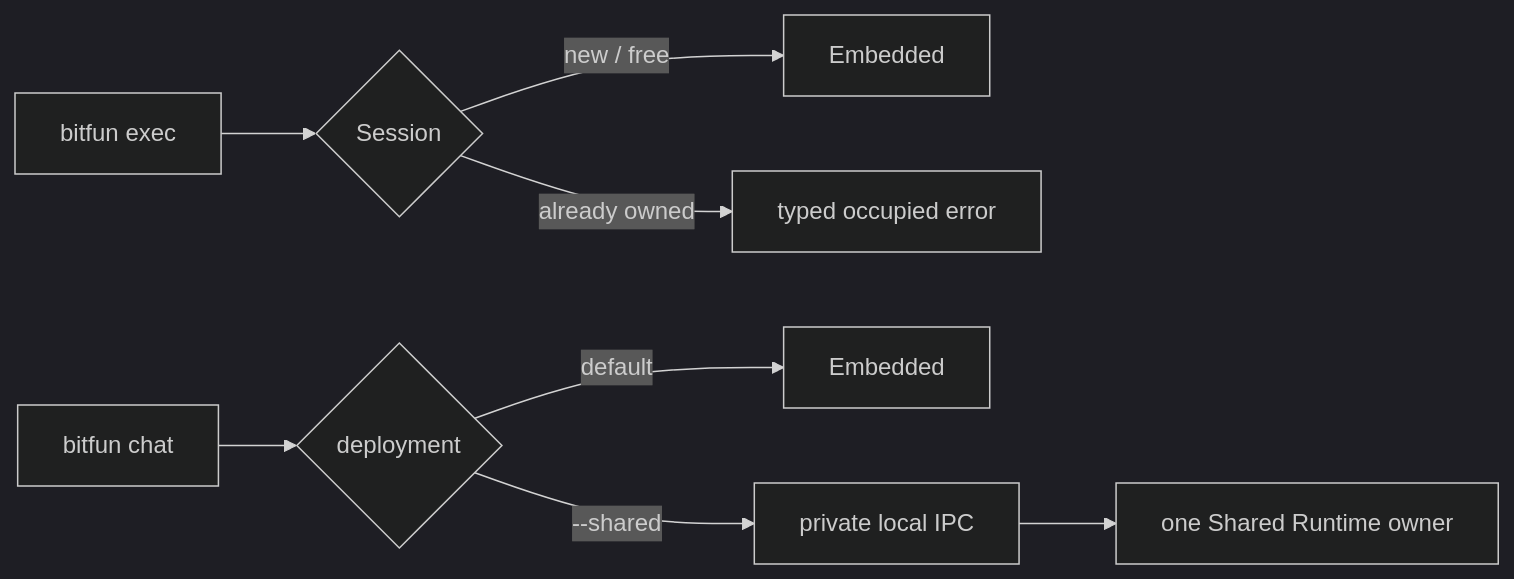
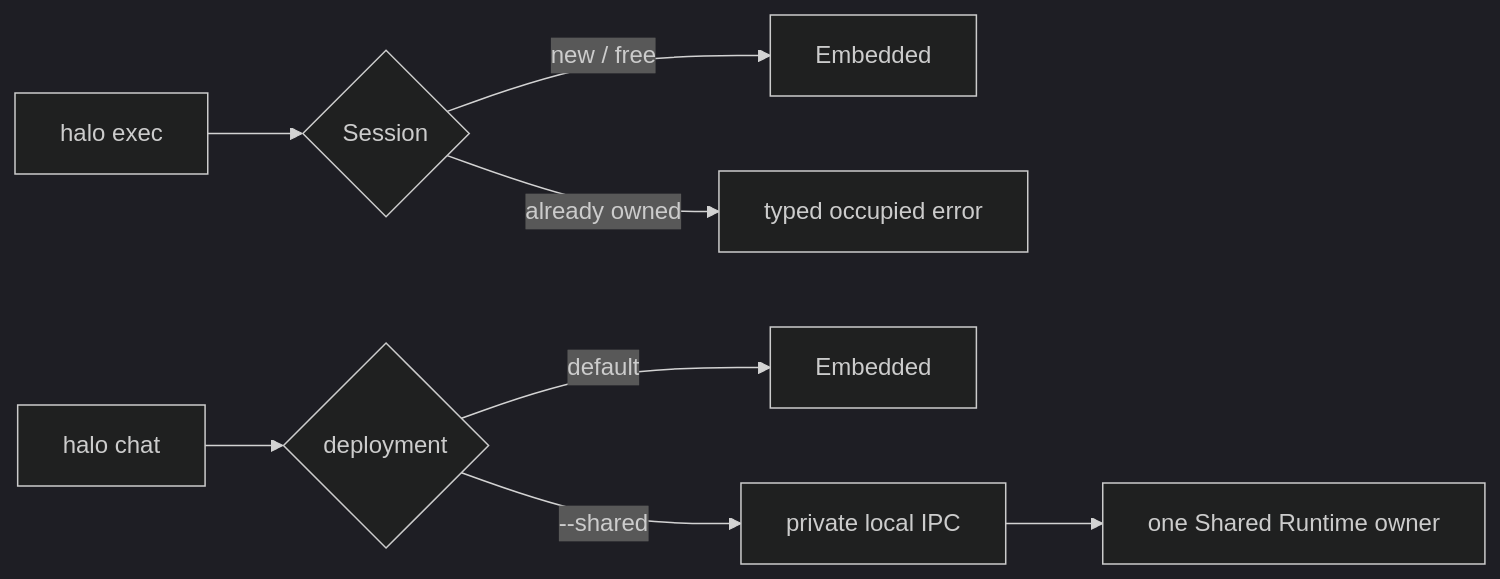
The first of 2 diagrams in product/Halo Studio/docs/architecture/cli-product-line-design.md (Nyzeep/Halo-Studio), drawn with Mermaid (dark theme) before and after one commit. The commit also changed other lines of this file and 259 other files, not shown here.

````diff
--- a/product/Halo Studio/docs/architecture/cli-product-line-design.md
+++ b/product/Halo Studio/docs/architecture/cli-product-line-design.md
@@ -312,11 +312,11 @@
 ```mermaid
 flowchart LR
-  Exec["bitfun exec"] --> Choice{"Session"}
+  Exec["halo exec"] --> Choice{"Session"}
   Choice -->|"new / free"| Embedded["Embedded"]
   Choice -->|"already owned"| Reject["typed occupied error"]
 
-  TUI["bitfun chat"] --> Deploy{"deployment"}
+  TUI["halo chat"] --> Deploy{"deployment"}
   Deploy -->|"default"| EmbeddedTui["Embedded"]
   Deploy -->|"--shared"| SharedTui["private local IPC"]
   SharedTui --> Runtime["one Shared Runtime owner"]
 ```
````
